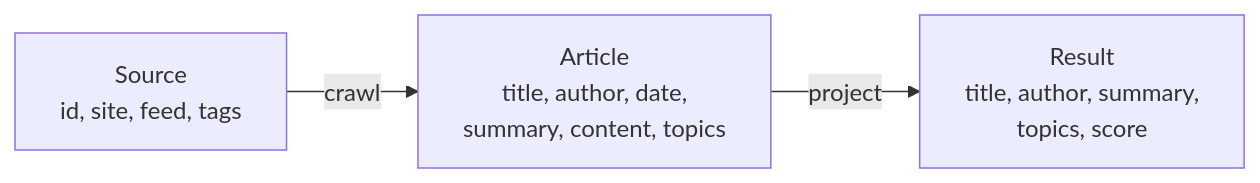
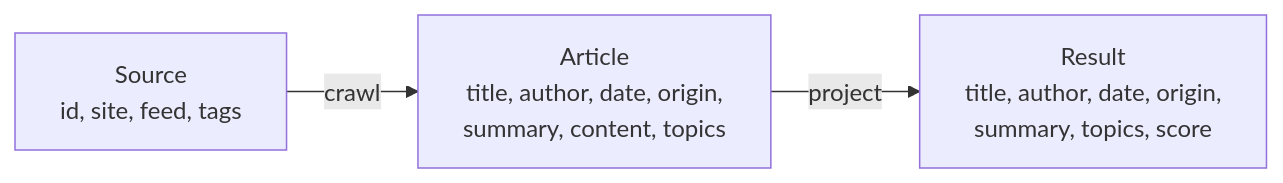
Before and after one commit to GitPaulo/blogme: the fourth of 5 diagrams in docs/how-it-works.md, drawn with Mermaid. The commit also changed other lines of this file and 3 other files, not shown here.

````diff
--- a/docs/how-it-works.md
+++ b/docs/how-it-works.md
@@ -127,5 +148,5 @@
 ```mermaid
 flowchart LR
-    A["Source<br/>id, site, feed, tags"] -->|crawl| B["Article<br/>title, author, date,<br/>summary, content, topics"]
-    B -->|project| C["Result<br/>title, author, summary,<br/>topics, score"]
+    A["Source<br/>id, site, feed, tags"] -->|crawl| B["Article<br/>title, author, date, origin,<br/>summary, content, topics"]
+    B -->|project| C["Result<br/>title, author, date, origin,<br/>summary, topics, score"]
 ```
````
